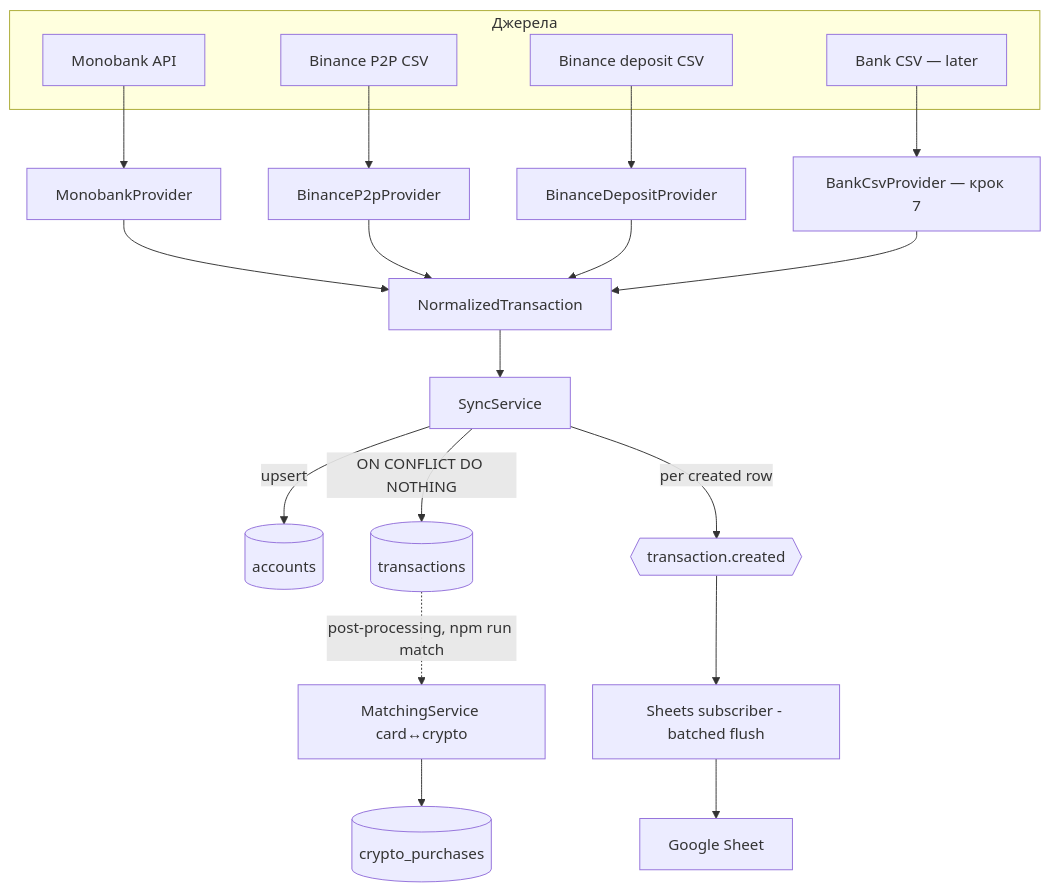
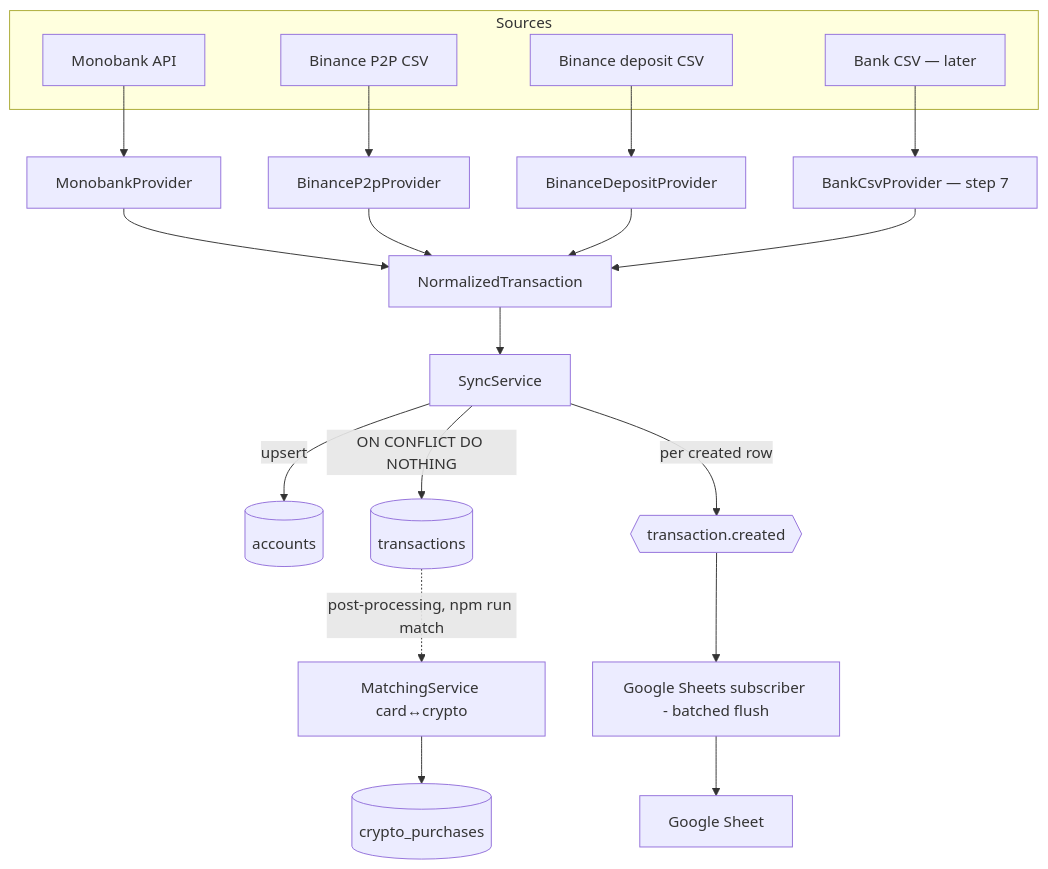
Before and after one commit to MoloZzz/bank-transactions-list: the diagram in transaction-analytics/Architecture/Architecture Overview.md, drawn with Mermaid. The commit also changed other lines of this file and 43 other files, not shown here.

````diff
--- a/transaction-analytics/Architecture/Architecture Overview.md
+++ b/transaction-analytics/Architecture/Architecture Overview.md
@@ -11,29 +10,29 @@
 ```mermaid
 flowchart TD
-    subgraph Sources[Джерела]
+    subgraph Sources[Sources]
       MB[Monobank API]
       P2P[Binance P2P CSV]
       DEP[Binance deposit CSV]
       BANK[Bank CSV — later]
     end
 
     MB --> MP[MonobankProvider]
     P2P --> PP[BinanceP2pProvider]
     DEP --> DP[BinanceDepositProvider]
-    BANK --> BP[BankCsvProvider — крок 7]
+    BANK --> BP[BankCsvProvider — step 7]
 
     MP --> N[NormalizedTransaction]
     PP --> N
     DP --> N
     BP --> N
 
     N --> SYNC[SyncService]
     SYNC -->|upsert| ACC[(accounts)]
     SYNC -->|ON CONFLICT DO NOTHING| TX[(transactions)]
     SYNC -->|per created row| EV{{transaction.created}}
-    EV --> SHEET[Sheets subscriber - batched flush]
+    EV --> SHEET[Google Sheets subscriber - batched flush]
     SHEET --> GS[Google Sheet]
 
     TX -.->|post-processing, npm run match| MATCH[MatchingService card↔crypto]
     MATCH --> CPUR[(crypto_purchases)]
 ```
````
